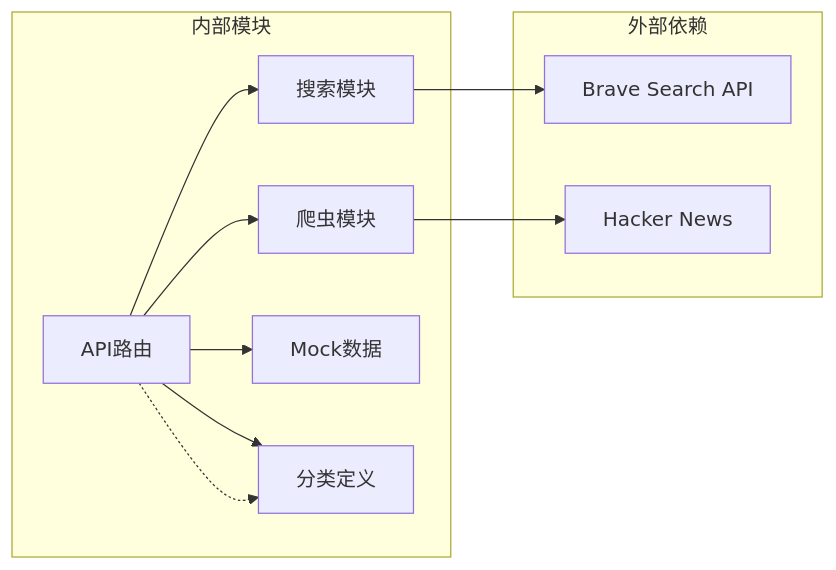
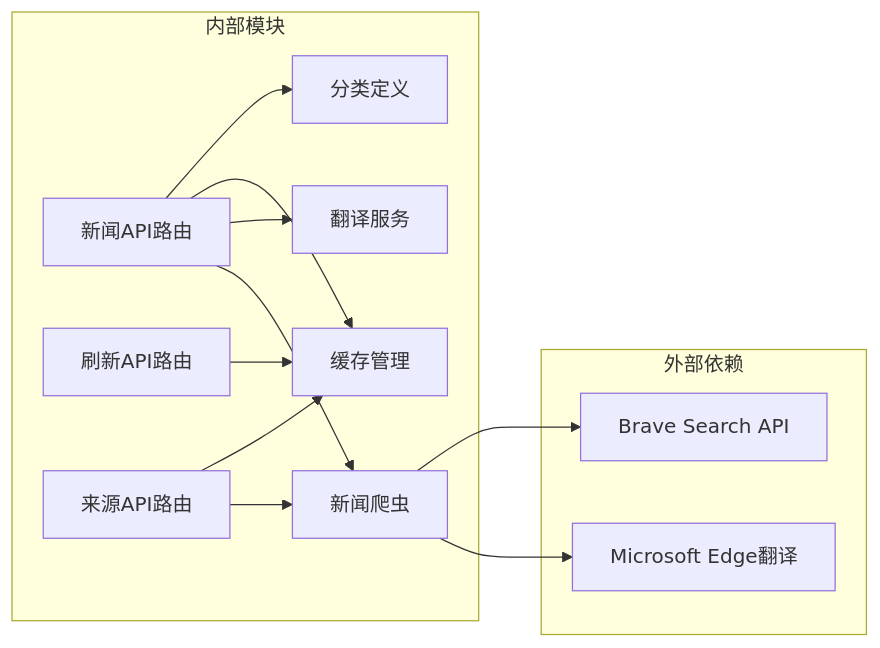
The fifth of 5 diagrams in .qoder/repowiki/zh/content/API接口文档.md (zuozuoliu740-cmd/xianxiong-news), drawn with Mermaid before and after one commit. The commit also changed other lines of this file and 11 other files, not shown here.

````diff
--- a/.qoder/repowiki/zh/content/API接口文档.md
+++ b/.qoder/repowiki/zh/content/API接口文档.md
@@ -254,21 +365,25 @@
 ```mermaid
 graph LR
 subgraph "外部依赖"
 Brave[Brave Search API]
-HN[Hacker News]
+Edge[Microsoft Edge翻译]
 end
 subgraph "内部模块"
-Route[API路由]
-Search[搜索模块]
-Scraper[爬虫模块]
-Mock[Mock数据]
+NewsRoute[新闻API路由]
+RefreshRoute[刷新API路由]
+SourcesRoute[来源API路由]
+NewsScraper[新闻爬虫]
+Translator[翻译服务]
+Cache[缓存管理]
 Categories[分类定义]
 end
-Route --> Search
-Route --> Scraper
-Route --> Mock
-Route --> Categories
-Search --> Brave
-Scraper --> HN
-Route -.-> Categories
+NewsRoute --> NewsScraper
+NewsRoute --> Translator
+NewsRoute --> Cache
+NewsRoute --> Categories
+RefreshRoute --> Cache
+SourcesRoute --> NewsScraper
+SourcesRoute --> Cache
+NewsScraper --> Edge
+NewsScraper --> Brave
 ```
````
